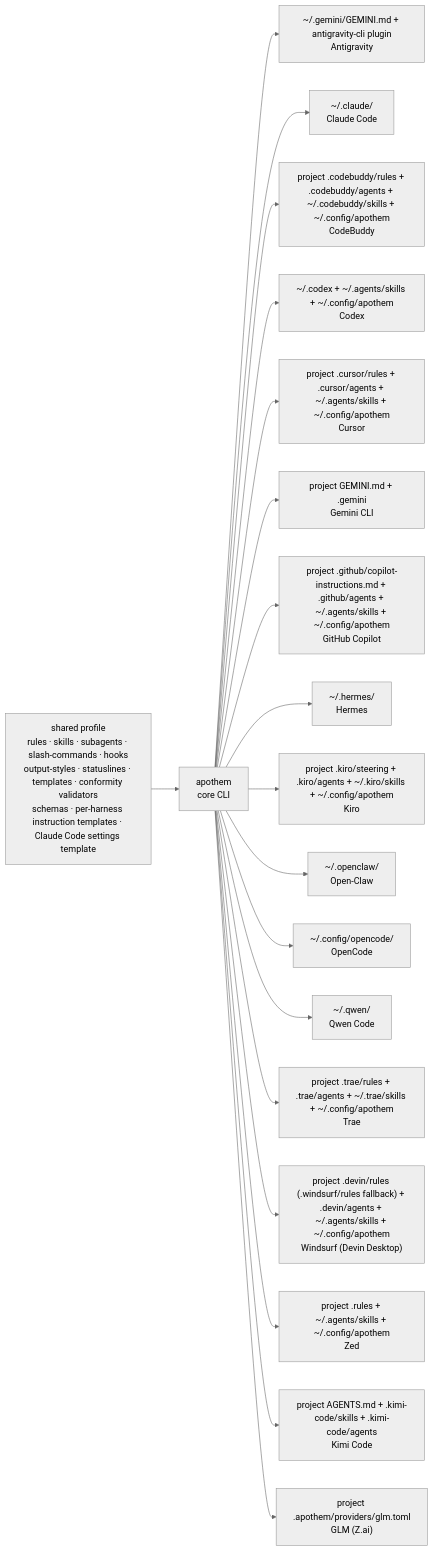
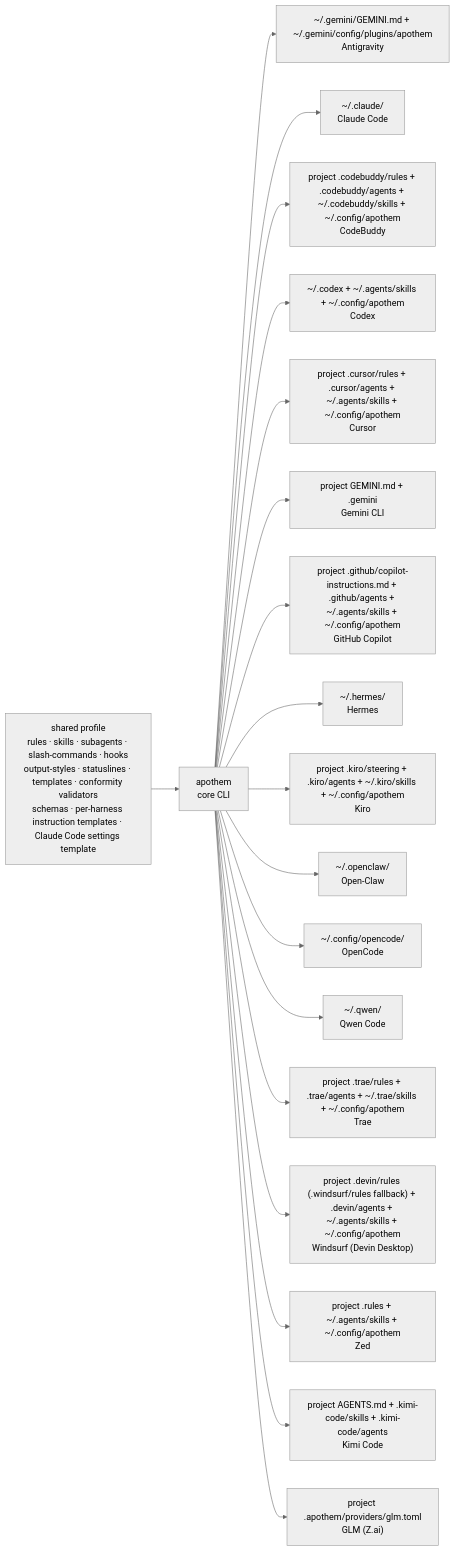
Before and after one commit to Ahmed-G-Gad/apothem: the first of 2 diagrams in README.md, drawn with Mermaid. The commit also changed other lines of this file and 400 other files, not shown here.

First line of the commit message:
fix(harnesses): move the Antigravity plugin to config/plugins

````diff
--- a/README.md
+++ b/README.md
@@ -606,27 +606,27 @@
 ```mermaid
 %%{ init: { "theme": "neutral" } }%%
 %% verified: 2026-10-15 %%
 %% provenance: README.md §How it works — apothem's seventeen-harness materialization fan-out %%
 %% cross-reference: src/apothem/lib/harness_registry_data.py (the authoritative adapter registry) %%
 graph LR
     P["shared profile<br/>rules · skills · subagents · slash-commands · hooks<br/>output-styles · statuslines · templates · conformity validators<br/>schemas · per-harness instruction templates · Claude Code settings template"]
     A["apothem<br/>core CLI"]
     P --> A
-    A --> AG["~/.gemini/GEMINI.md + antigravity-cli plugin<br/>Antigravity"]
+    A --> AG["~/.gemini/GEMINI.md + ~/.gemini/config/plugins/apothem<br/>Antigravity"]
     A --> CC["~/.claude/<br/>Claude Code"]
     A --> CB["project .codebuddy/rules + .codebuddy/agents + ~/.codebuddy/skills + ~/.config/apothem<br/>CodeBuddy"]
     A --> CO["~/.codex + ~/.agents/skills + ~/.config/apothem<br/>Codex"]
     A --> CU["project .cursor/rules + .cursor/agents + ~/.agents/skills + ~/.config/apothem<br/>Cursor"]
     A --> GE["project GEMINI.md + .gemini<br/>Gemini CLI"]
     A --> GC["project .github/copilot-instructions.md + .github/agents + ~/.agents/skills + ~/.config/apothem<br/>GitHub Copilot"]
     A --> HE["~/.hermes/<br/>Hermes"]
     A --> KI["project .kiro/steering + .kiro/agents + ~/.kiro/skills + ~/.config/apothem<br/>Kiro"]
     A --> OW["~/.openclaw/<br/>Open-Claw"]
     A --> OC["~/.config/opencode/<br/>OpenCode"]
     A --> QW["~/.qwen/<br/>Qwen Code"]
     A --> TR["project .trae/rules + .trae/agents + ~/.trae/skills + ~/.config/apothem<br/>Trae"]
     A --> WI["project .devin/rules (.windsurf/rules fallback) + .devin/agents + ~/.agents/skills + ~/.config/apothem<br/>Windsurf (Devin Desktop)"]
     A --> ZE["project .rules + ~/.agents/skills + ~/.config/apothem<br/>Zed"]
     A --> KM["project AGENTS.md + .kimi-code/skills + .kimi-code/agents<br/>Kimi Code"]
     A --> GL["project .apothem/providers/glm.toml<br/>GLM (Z.ai)"]
 ```
````
